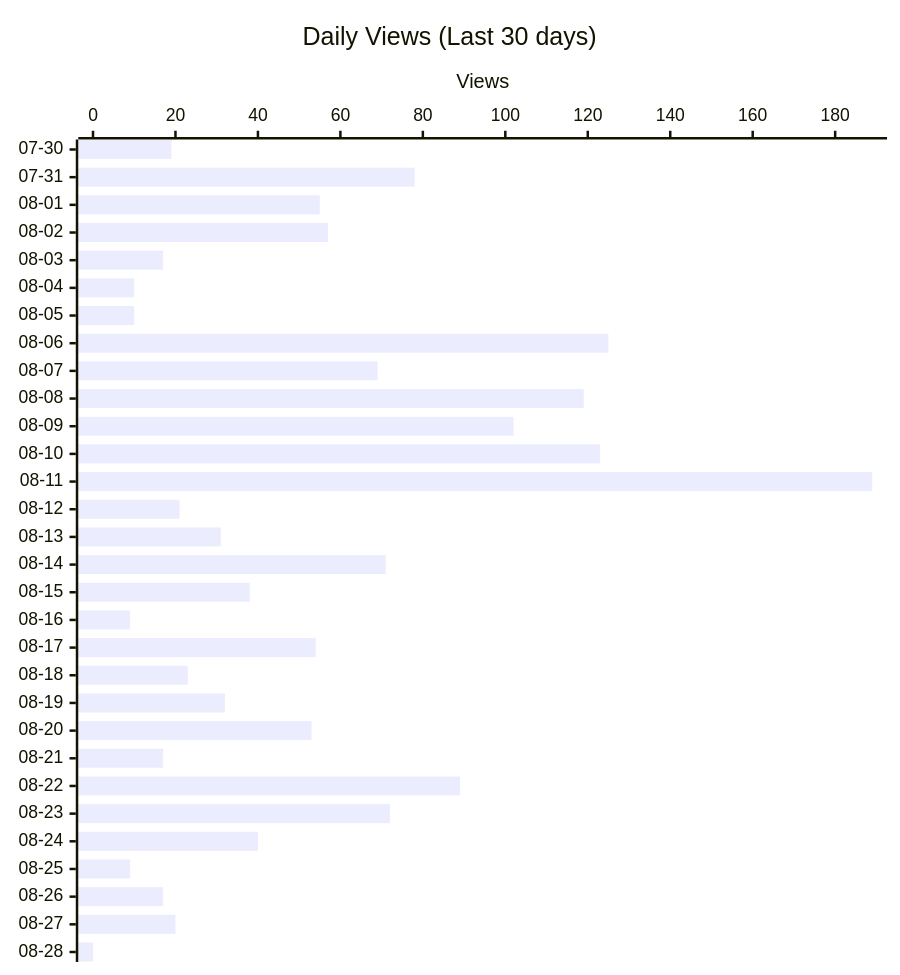
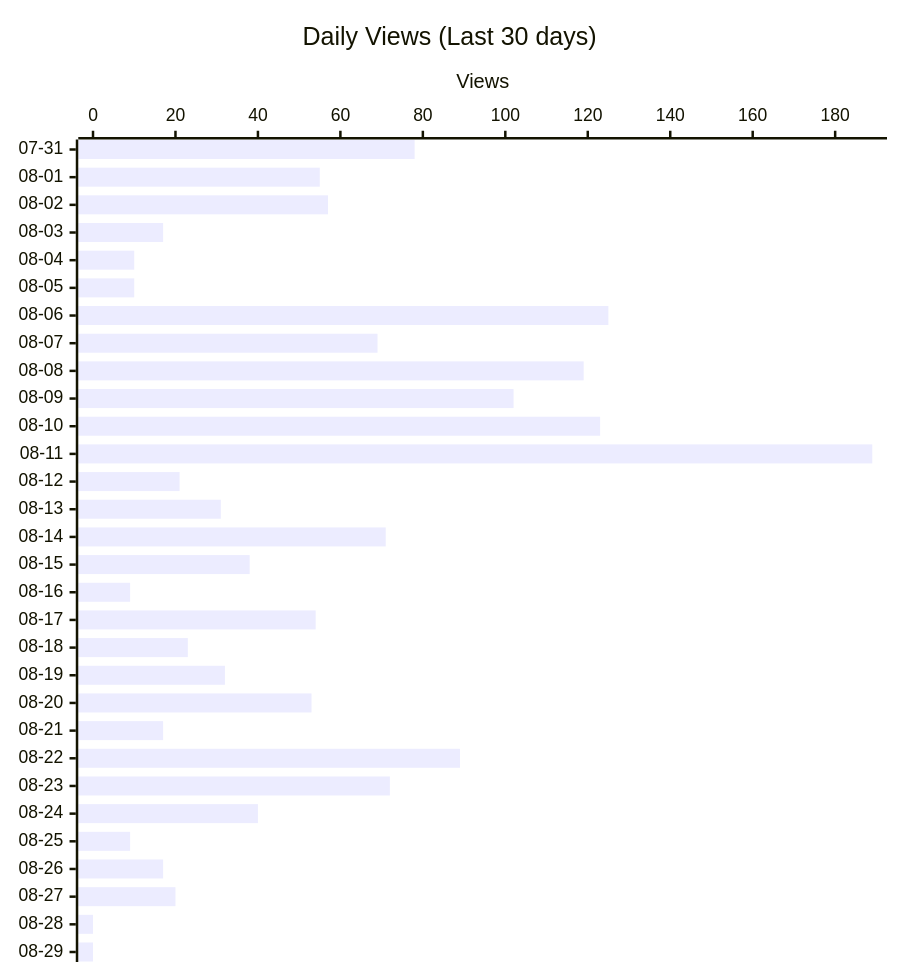
Before and after one commit to shigechika/github-insights: the second of 4 diagrams in README.md, drawn with Mermaid. The commit also changed other lines of this file and 2 other files, not shown here.

````diff
--- a/README.md
+++ b/README.md
@@ -28,12 +28,12 @@
 ```mermaid
 ---
 config:
   xyChart:
     height: 760
 ---
 xychart-beta horizontal
     title "Daily Views (Last 30 days)"
-    x-axis ["07-30", "07-31", "08-01", "08-02", "08-03", "08-04", "08-05", "08-06", "08-07", "08-08", "08-09", "08-10", "08-11", "08-12", "08-13", "08-14", "08-15", "08-16", "08-17", "08-18", "08-19", "08-20", "08-21", "08-22", "08-23", "08-24", "08-25", "08-26", "08-27", "08-28"]
+    x-axis ["07-31", "08-01", "08-02", "08-03", "08-04", "08-05", "08-06", "08-07", "08-08", "08-09", "08-10", "08-11", "08-12", "08-13", "08-14", "08-15", "08-16", "08-17", "08-18", "08-19", "08-20", "08-21", "08-22", "08-23", "08-24", "08-25", "08-26", "08-27", "08-28", "08-29"]
     y-axis "Views"
-    bar [19, 78, 55, 57, 17, 10, 10, 125, 69, 119, 102, 123, 189, 21, 31, 71, 38, 9, 54, 23, 32, 53, 17, 89, 72, 40, 9, 17, 20, 0]
+    bar [78, 55, 57, 17, 10, 10, 125, 69, 119, 102, 123, 189, 21, 31, 71, 38, 9, 54, 23, 32, 53, 17, 89, 72, 40, 9, 17, 20, 0, 0]
 ```
````
